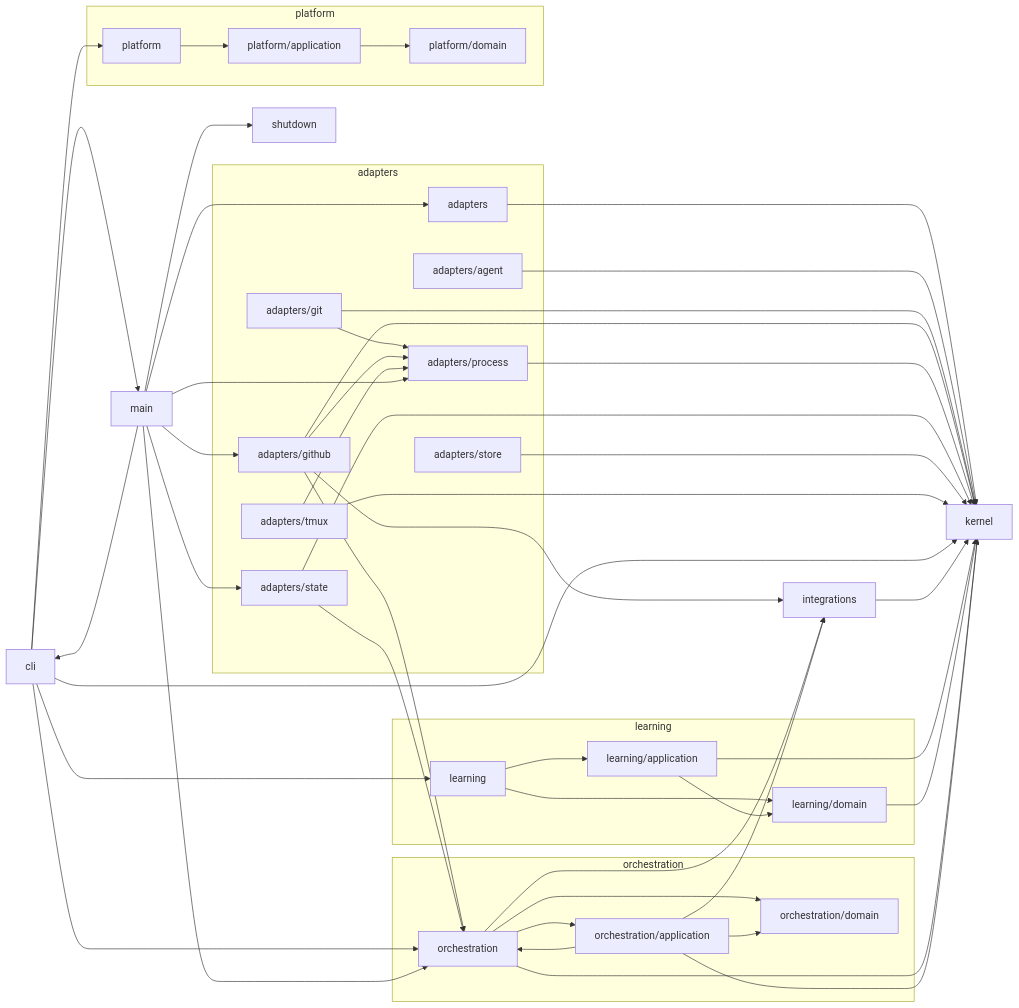
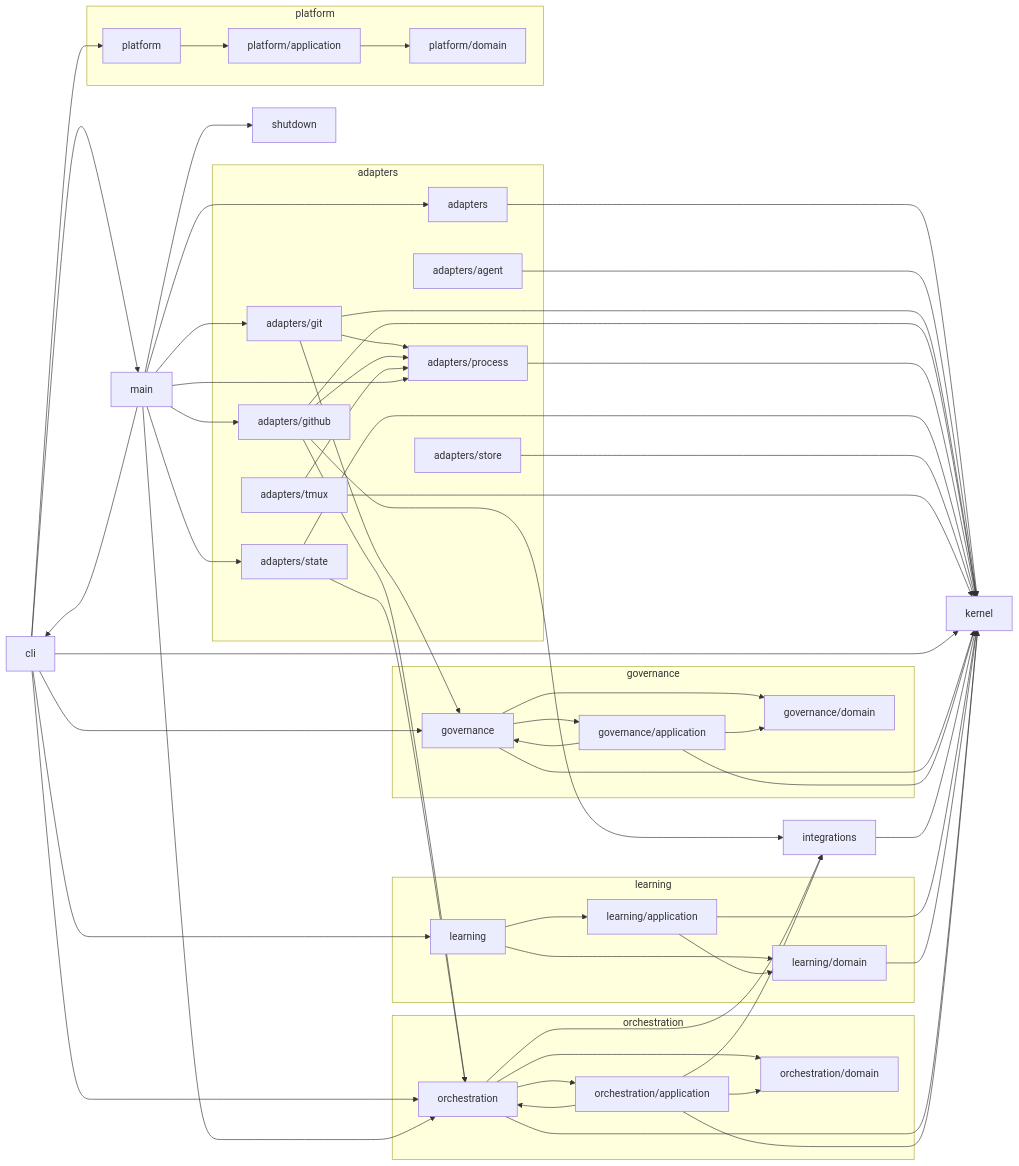
One commit to sethdford/shipwright changed the diagram in docs/reference/dependency-graph.md. Above: the diagram before and after it, drawn with Mermaid. The commit also changed 39 other files, not shown here.

```diff
--- a/docs/reference/dependency-graph.md
+++ b/docs/reference/dependency-graph.md
@@ -16,6 +16,11 @@
     adapters_state["adapters/state"]
     adapters_store["adapters/store"]
     adapters_tmux["adapters/tmux"]
+  end
+  subgraph ctx_governance["governance"]
+    governance["governance"]
+    governance_application["governance/application"]
+    governance_domain["governance/domain"]
   end
   subgraph ctx_learning["learning"]
     learning["learning"]
@@ -40,6 +45,7 @@
   adapters --> kernel
   adapters_agent --> kernel
   adapters_git --> adapters_process
+  adapters_git --> governance
   adapters_git --> kernel
   adapters_github --> adapters_process
   adapters_github --> integrations
@@ -51,11 +57,18 @@
   adapters_store --> kernel
   adapters_tmux --> adapters_process
   adapters_tmux --> kernel
+  cli --> governance
   cli --> kernel
   cli --> learning
   cli --> main
   cli --> orchestration
   cli --> platform
+  governance --> governance_application
+  governance --> governance_domain
+  governance --> kernel
+  governance_application --> governance
+  governance_application --> governance_domain
+  governance_application --> kernel
   integrations --> kernel
   learning --> learning_application
   learning --> learning_domain
@@ -63,6 +76,7 @@
   learning_application --> learning_domain
   learning_domain --> kernel
   main --> adapters
+  main --> adapters_git
   main --> adapters_github
   main --> adapters_process
   main --> adapters_state
```
